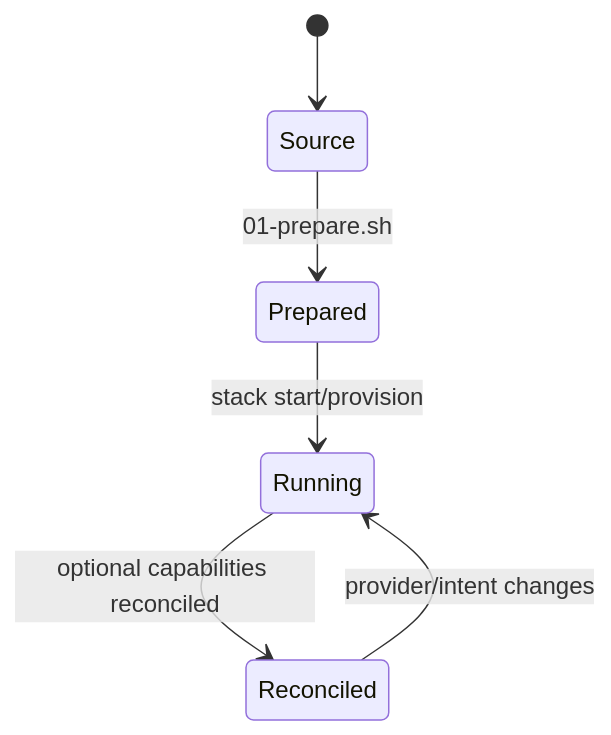
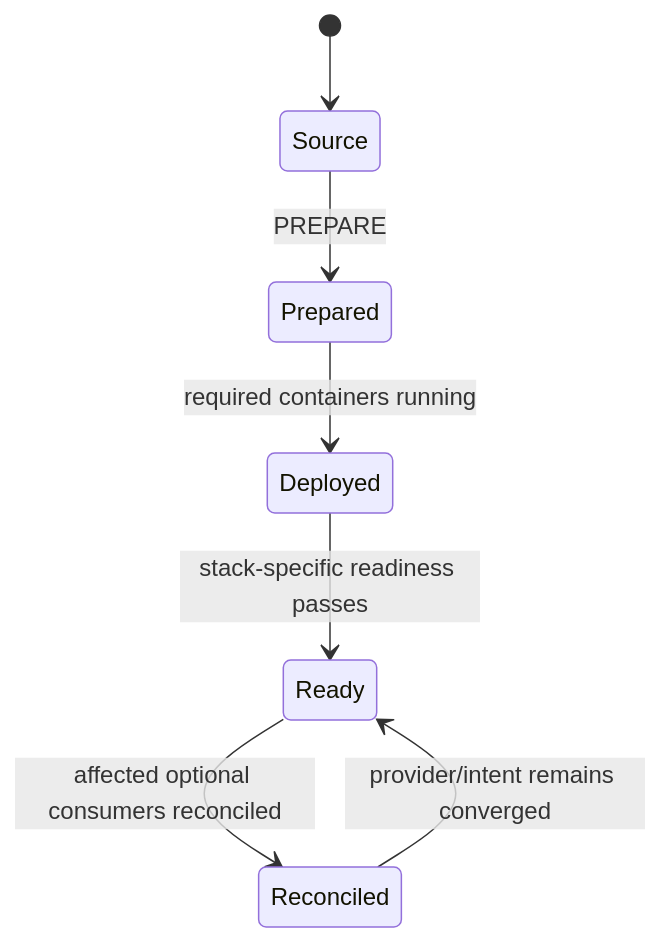
The third of 4 diagrams in INSTALLATION.md (ea1het/local_hybrid_ai), drawn with Mermaid before and after one commit. The commit also changed other lines of this file, not shown here.

Commit message:
docs: document installer v1 execution and readiness gates

````diff
--- a/INSTALLATION.md
+++ b/INSTALLATION.md
@@ -108,8 +130,9 @@
 ```mermaid
 stateDiagram-v2
     [*] --> Source
-    Source --> Prepared: 01-prepare.sh
-    Prepared --> Running: stack start/provision
-    Running --> Reconciled: optional capabilities reconciled
-    Reconciled --> Running: provider/intent changes
+    Source --> Prepared: PREPARE
+    Prepared --> Deployed: required containers running
+    Deployed --> Ready: stack-specific readiness passes
+    Ready --> Reconciled: affected optional consumers reconciled
+    Reconciled --> Ready: provider/intent remains converged
 ```
````
